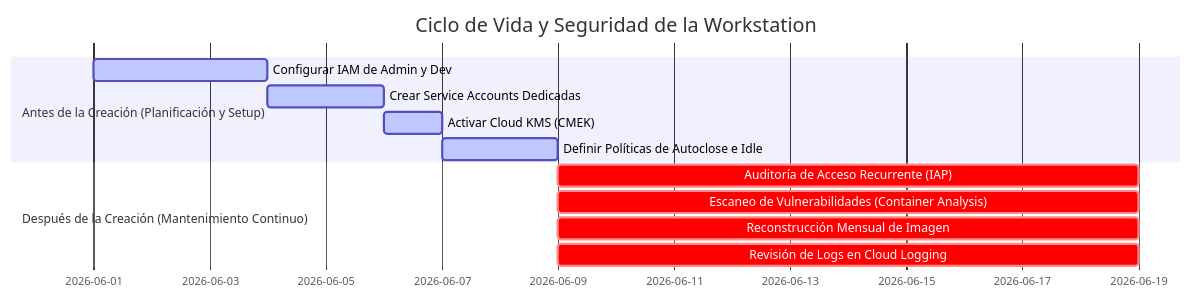
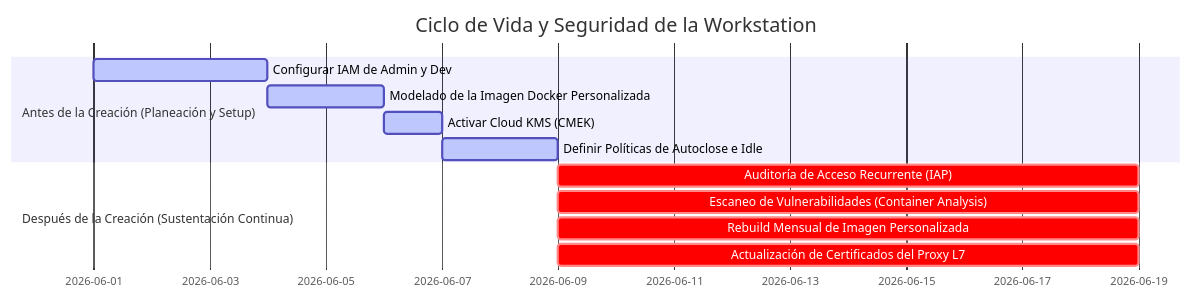
The first of 2 diagrams in docs/maintenance_access_control_best_practices_es.md (sahvieirag/cloud-workstations-custom), drawn with Mermaid before and after one commit. The commit also changed other lines of this file and 8 other files, not shown here.

````diff
--- a/docs/maintenance_access_control_best_practices_es.md
+++ b/docs/maintenance_access_control_best_practices_es.md
@@ -13,15 +13,15 @@
 ```mermaid
 gantt
     title Ciclo de Vida y Seguridad de la Workstation
     dateFormat  YYYY-MM-DD
-    section Antes de la Creación (Planificación y Setup)
+    section Antes de la Creación (Planeación y Setup)
     Configurar IAM de Admin y Dev           :active, first_iam, 2026-06-01, 3d
-    Crear Service Accounts Dedicadas       :active, service_acct, after first_iam, 2d
-    Activar Cloud KMS (CMEK)                :active, kms_setup, after service_acct, 1d
+    Modelado de la Imagen Docker Personalizada :active, docker_design, after first_iam, 2d
+    Activar Cloud KMS (CMEK)                :active, kms_setup, after docker_design, 1d
     Definir Políticas de Autoclose e Idle  :active, policy_def, after kms_setup, 2d
-    section Después de la Creación (Mantenimiento Continuo)
+    section Después de la Creación (Sustentación Continua)
     Auditoría de Acceso Recurrente (IAP)   :crit, access_audit, after policy_def, 10d
     Escaneo de Vulnerabilidades (Container Analysis) :crit, vuln_scan, after policy_def, 10d
-    Reconstrucción Mensual de Imagen   :crit, image_rebuild, after policy_def, 10d
-    Revisión de Logs en Cloud Logging       :crit, log_review, after policy_def, 10d
+    Rebuild Mensual de Imagen Personalizada :crit, image_rebuild, after policy_def, 10d
+    Actualización de Certificados del Proxy L7:crit, cert_update, after policy_def, 10d
 ```
````
